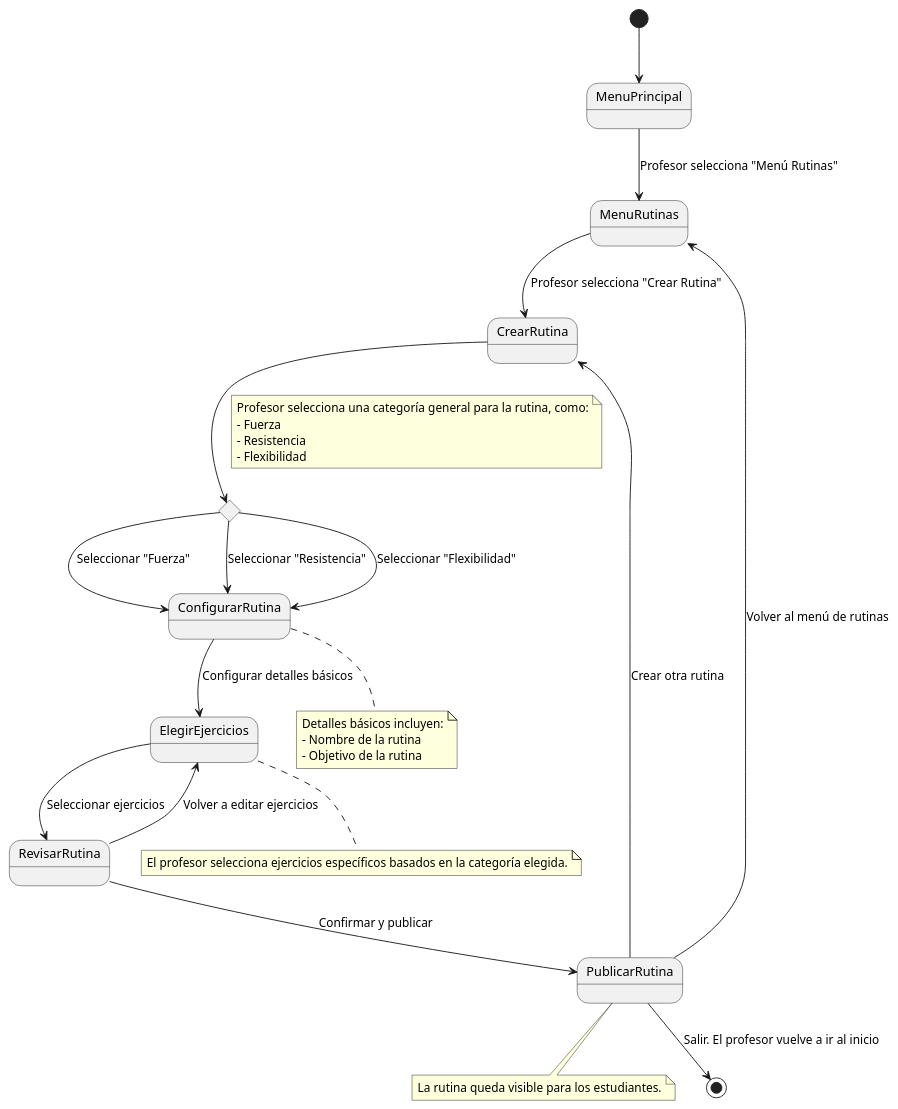
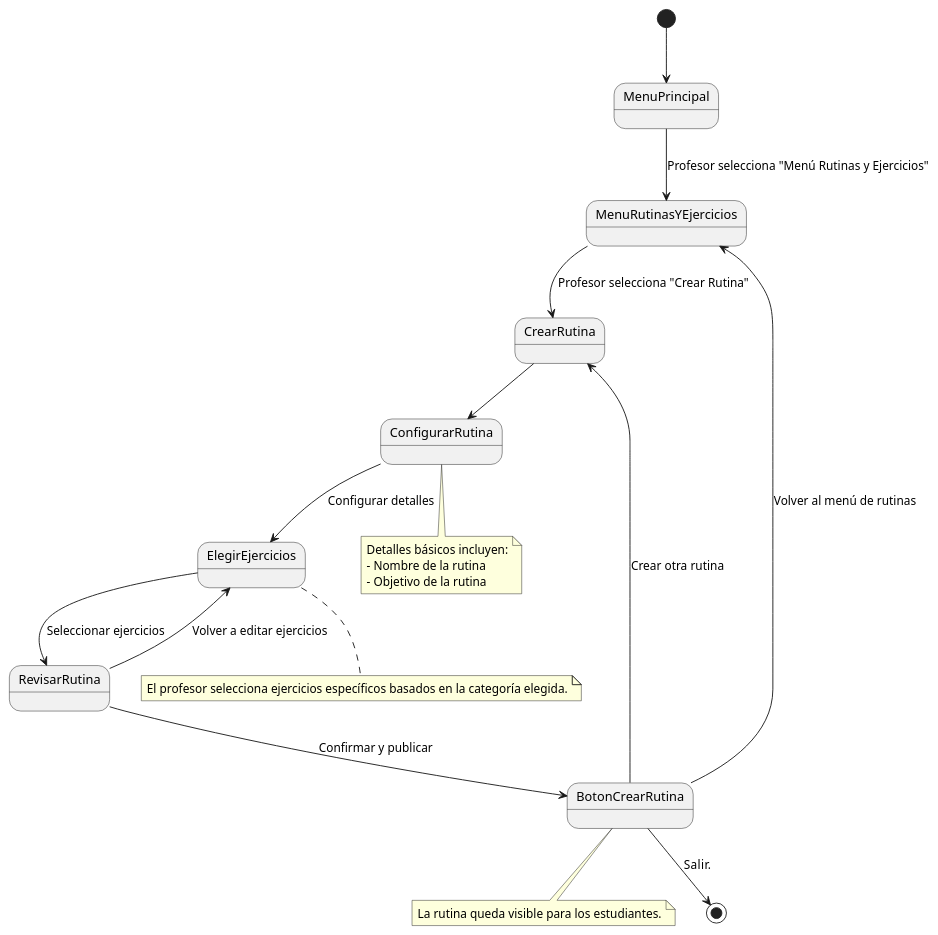
The diagram in Documentos/DetallarCasosDeUso/CrearRutinas.puml (mmasias/24-25-IdSw1-SDR), drawn with PlantUML before and after one commit.

```diff
--- a/Documentos/DetallarCasosDeUso/CrearRutinas.puml
+++ b/Documentos/DetallarCasosDeUso/CrearRutinas.puml
@@ -1,47 +1,37 @@
 @startuml
 
 top to bottom direction
 
 [*] --> MenuPrincipal
 
-MenuPrincipal --> MenuRutinas : Profesor selecciona "Menú Rutinas"
+MenuPrincipal --> MenuRutinasYEjercicios : Profesor selecciona "Menú Rutinas y Ejercicios"
 
-MenuRutinas --> CrearRutina : Profesor selecciona "Crear Rutina"
+MenuRutinasYEjercicios --> CrearRutina : Profesor selecciona "Crear Rutina"
 
-state SeleccionarCategoria <<choice>>
-CrearRutina --> SeleccionarCategoria
-note on link
-    Profesor selecciona una categoría general para la rutina, como:
-    - Fuerza
-    - Resistencia
-    - Flexibilidad
-end note
+CrearRutina --> ConfigurarRutina
 
-SeleccionarCategoria --> ConfigurarRutina : Seleccionar "Fuerza"
-SeleccionarCategoria --> ConfigurarRutina : Seleccionar "Resistencia"
-SeleccionarCategoria --> ConfigurarRutina : Seleccionar "Flexibilidad"
 
-ConfigurarRutina --> ElegirEjercicios : Configurar detalles básicos
+ConfigurarRutina --> ElegirEjercicios : Configurar detalles 
 note bottom of ConfigurarRutina
     Detalles básicos incluyen:
     - Nombre de la rutina
     - Objetivo de la rutina
 end note
 
 ElegirEjercicios --> RevisarRutina : Seleccionar ejercicios
 note bottom of ElegirEjercicios
     El profesor selecciona ejercicios específicos basados en la categoría elegida.
 end note
 
 RevisarRutina --> ElegirEjercicios : Volver a editar ejercicios
-RevisarRutina --> PublicarRutina : Confirmar y publicar
+RevisarRutina --> BotonCrearRutina : Confirmar y publicar
 
-note bottom of PublicarRutina
+note bottom of BotonCrearRutina
     La rutina queda visible para los estudiantes.
 end note
 
-PublicarRutina --> CrearRutina : Crear otra rutina
-PublicarRutina --> MenuRutinas : Volver al menú de rutinas
-PublicarRutina --> [*] : Salir. El profesor vuelve a ir al inicio
+BotonCrearRutina --> CrearRutina : Crear otra rutina
+BotonCrearRutina --> MenuRutinasYEjercicios : Volver al menú de rutinas
+BotonCrearRutina --> [*] : Salir. 
 
 @enduml
```
